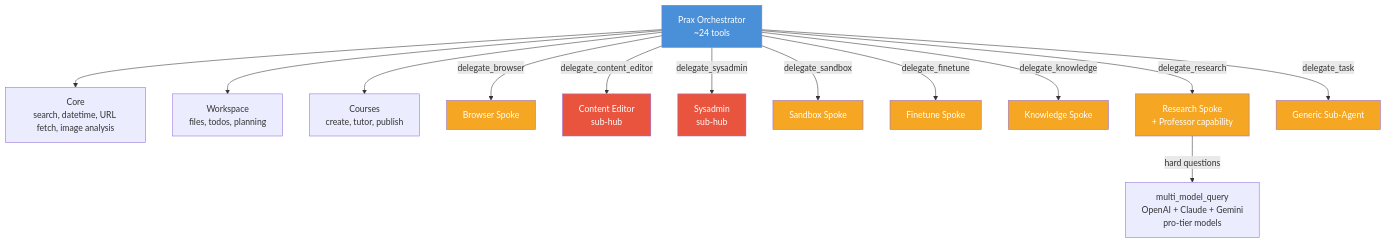
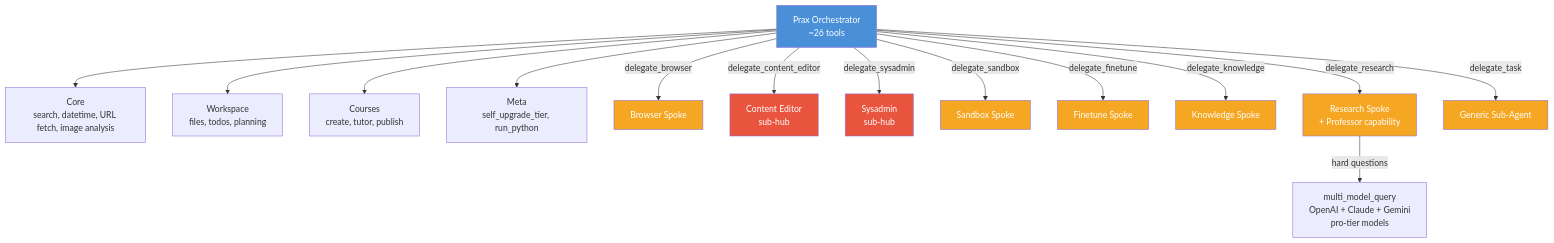
One commit to praxagent/prax changed the first of 8 diagrams in docs/architecture/hub-and-spoke.md. Above: the diagram before and after it, drawn with Mermaid. The commit also changed other lines of this file and 54 other files, not shown here.

````diff
--- a/docs/architecture/hub-and-spoke.md
+++ b/docs/architecture/hub-and-spoke.md
@@ -11,29 +11,30 @@
 ```mermaid
 graph TB
-    Prax["Prax Orchestrator\n~24 tools"]
+    Prax["Prax Orchestrator\n~26 tools"]
 
     Prax --> Core["Core\nsearch, datetime, URL fetch, image analysis"]
     Prax --> Workspace["Workspace\nfiles, todos, planning"]
     Prax --> Courses["Courses\ncreate, tutor, publish"]
+    Prax --> Meta["Meta\nself_upgrade_tier, run_python"]
 
     Prax -->|delegate_browser| Browser["Browser Spoke"]
     Prax -->|delegate_content_editor| Content["Content Editor\nsub-hub"]
     Prax -->|delegate_sysadmin| Sysadmin["Sysadmin\nsub-hub"]
     Prax -->|delegate_sandbox| Sandbox["Sandbox Spoke"]
     Prax -->|delegate_finetune| Finetune["Finetune Spoke"]
     Prax -->|delegate_knowledge| Knowledge["Knowledge Spoke"]
     Prax -->|delegate_research| Research["Research Spoke\n+ Professor capability"]
     Prax -->|delegate_task| Generic["Generic Sub-Agent"]
 
     Research -->|hard questions| Professor["multi_model_query\nOpenAI + Claude + Gemini\npro-tier models"]
 
     style Prax fill:#4A90D9,color:#fff
     style Browser fill:#F5A623,color:#fff
     style Content fill:#E8543E,color:#fff
     style Sysadmin fill:#E8543E,color:#fff
     style Sandbox fill:#F5A623,color:#fff
     style Finetune fill:#F5A623,color:#fff
     style Knowledge fill:#F5A623,color:#fff
     style Research fill:#F5A623,color:#fff
     style Generic fill:#F5A623,color:#fff
 ```
````
